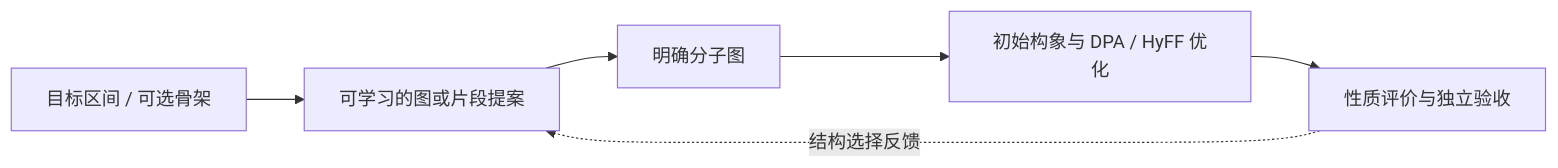
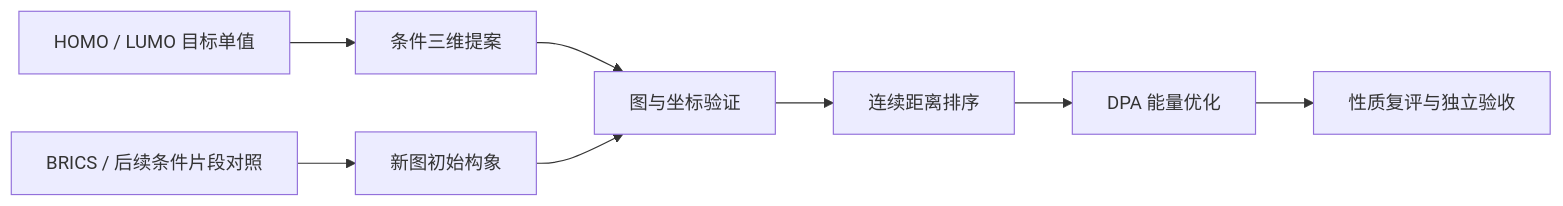
One commit to ShangChien/orbit3d changed the second of 2 diagrams in docs/architecture.md. Above: the diagram before and after it, drawn with Mermaid. The commit also changed other lines of this file and 5 other files, not shown here.

````diff
--- a/docs/architecture.md
+++ b/docs/architecture.md
@@ -77,8 +79,10 @@
 ```mermaid
 flowchart LR
-    A[目标区间 / 可选骨架] --> B[可学习的图或片段提案]
-    B --> C[明确分子图]
-    C --> D[初始构象与 DPA / HyFF 优化]
-    D --> E[性质评价与独立验收]
-    E -.结构选择反馈.-> B
+    A[HOMO / LUMO 目标单值] --> B[条件三维提案]
+    B --> C[图与坐标验证]
+    C --> D[连续距离排序]
+    D --> E[DPA 能量优化]
+    E --> F[性质复评与独立验收]
+    G[BRICS / 后续条件片段对照] --> H[新图初始构象]
+    H --> C
 ```
````
